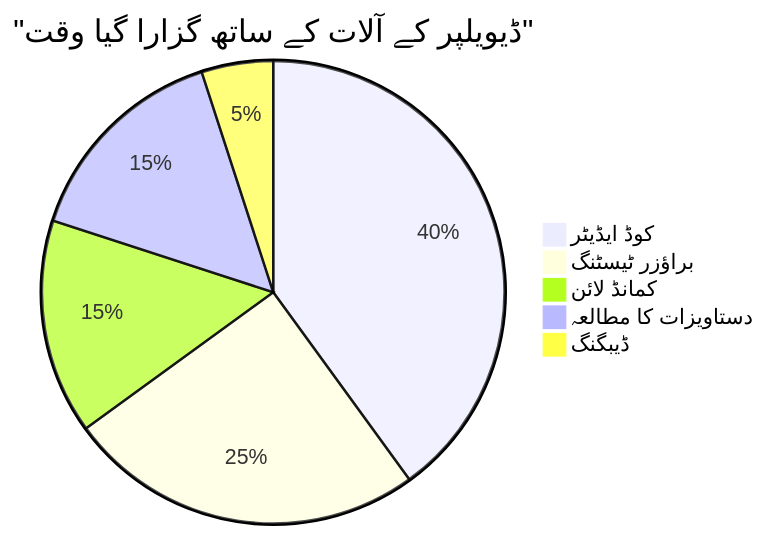
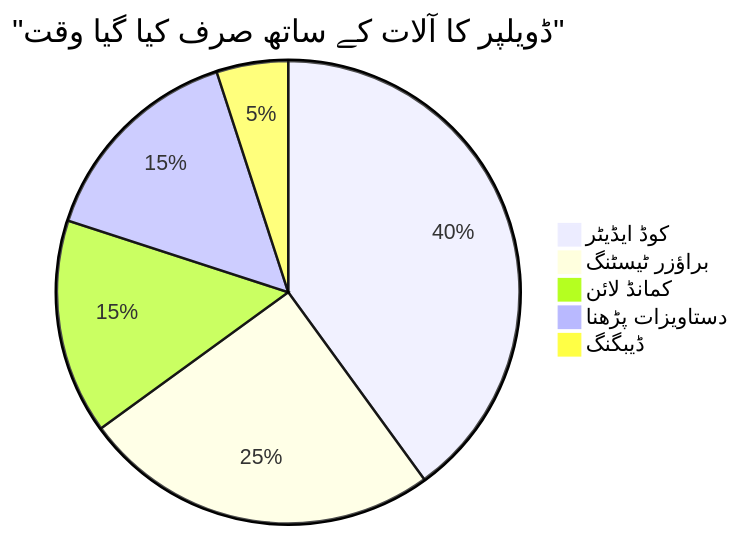
One commit to microsoft/Web-Dev-For-Beginners changed the sixth of 7 diagrams in translations/ur/1-getting-started-lessons/1-intro-to-programming-languages/README.md. Above: the diagram before and after it, drawn with Mermaid. The commit also changed other lines of this file and 8 other files, not shown here.

````diff
--- a/translations/ur/1-getting-started-lessons/1-intro-to-programming-languages/README.md
+++ b/translations/ur/1-getting-started-lessons/1-intro-to-programming-languages/README.md
@@ -715,8 +711,8 @@
 ```mermaid
-pie title "ڈیویلپر کے آلات کے ساتھ گزارا گیا وقت"
+pie title "ڈویلپر کا آلات کے ساتھ صرف کیا گیا وقت"
     "کوڈ ایڈیٹر" : 40
     "براؤزر ٹیسٹنگ" : 25
     "کمانڈ لائن" : 15
-    "دستاویزات کا مطالعہ" : 15
+    "دستاویزات پڑھنا" : 15
     "ڈیبگنگ" : 5
-```
+```  
````
